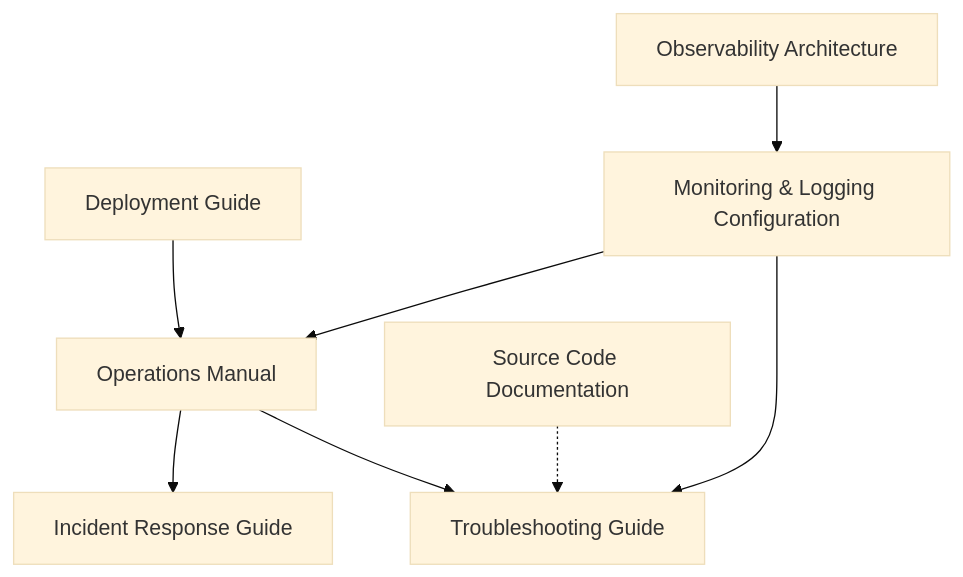
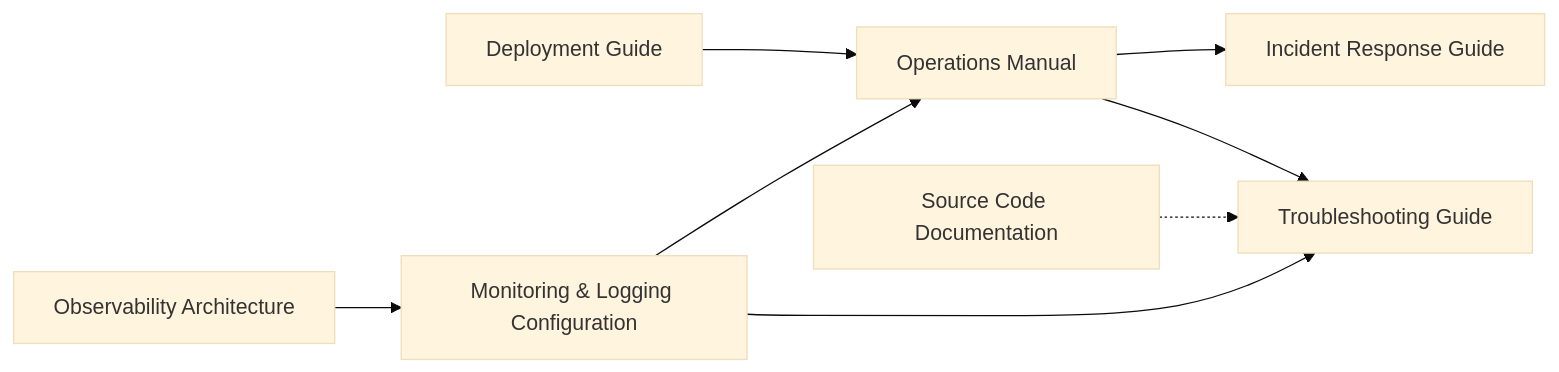
Diagram 12 of 15 in specs/artifact-taxonomy.md (mahitotsu/ukiyoue), drawn with Mermaid (base theme) before and after one commit. The commit also changed other lines of this file, not shown here.

First line of the commit message:
refactor: 全てのMermaid図をgraph LRに統一

````diff
--- a/specs/artifact-taxonomy.md
+++ b/specs/artifact-taxonomy.md
@@ -1229,12 +1229,12 @@
 ```mermaid
-graph TB
+graph LR
     DeployGuide[Deployment Guide] --> OpsManual[Operations Manual]
     OpsManual --> IncidentGuide[Incident Response Guide]
 
     ObservArch[Observability Architecture] --> MonConfig[Monitoring & Logging Configuration]
     MonConfig --> OpsManual
     MonConfig --> TroubleGuide[Troubleshooting Guide]
 
     SrcDoc[Source Code Documentation] -.-> TroubleGuide
     OpsManual --> TroubleGuide
 ```
````
